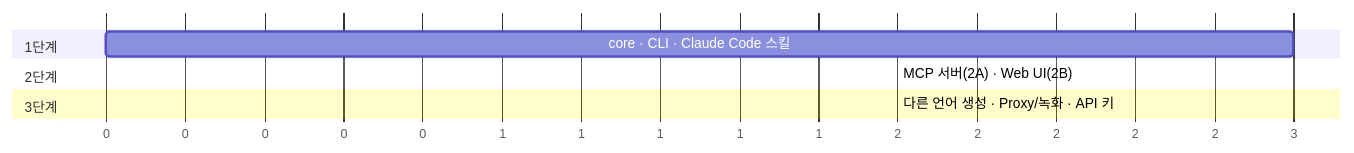
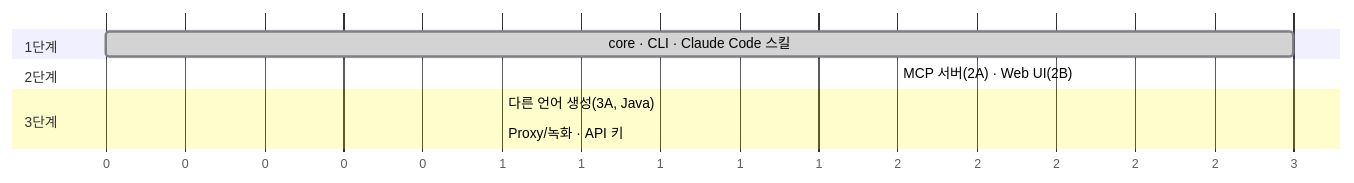
The tenth of 10 diagrams in docs/architecture.md (geonhos/specmock), drawn with Mermaid before and after one commit. The commit also changed other lines of this file and 4 other files, not shown here.

````diff
--- a/docs/architecture.md
+++ b/docs/architecture.md
@@ -203,11 +215,12 @@
 ```mermaid
 gantt
     dateFormat  X
     axisFormat  %s
     section 1단계
-    core · CLI · Claude Code 스킬        :a1, 0, 3
+    core · CLI · Claude Code 스킬        :done, a1, 0, 3
     section 2단계
-    MCP 서버(2A) · Web UI(2B)            :a2, after a1, 2
+    MCP 서버(2A) · Web UI(2B)            :done, a2, after a1, 2
     section 3단계
-    다른 언어 생성 · Proxy/녹화 · API 키 :a3, after a2, 2
+    다른 언어 생성(3A, Java)             :done, a3, after a2, 1
+    Proxy/녹화 · API 키                  :a4, after a3, 1
 ```
````
